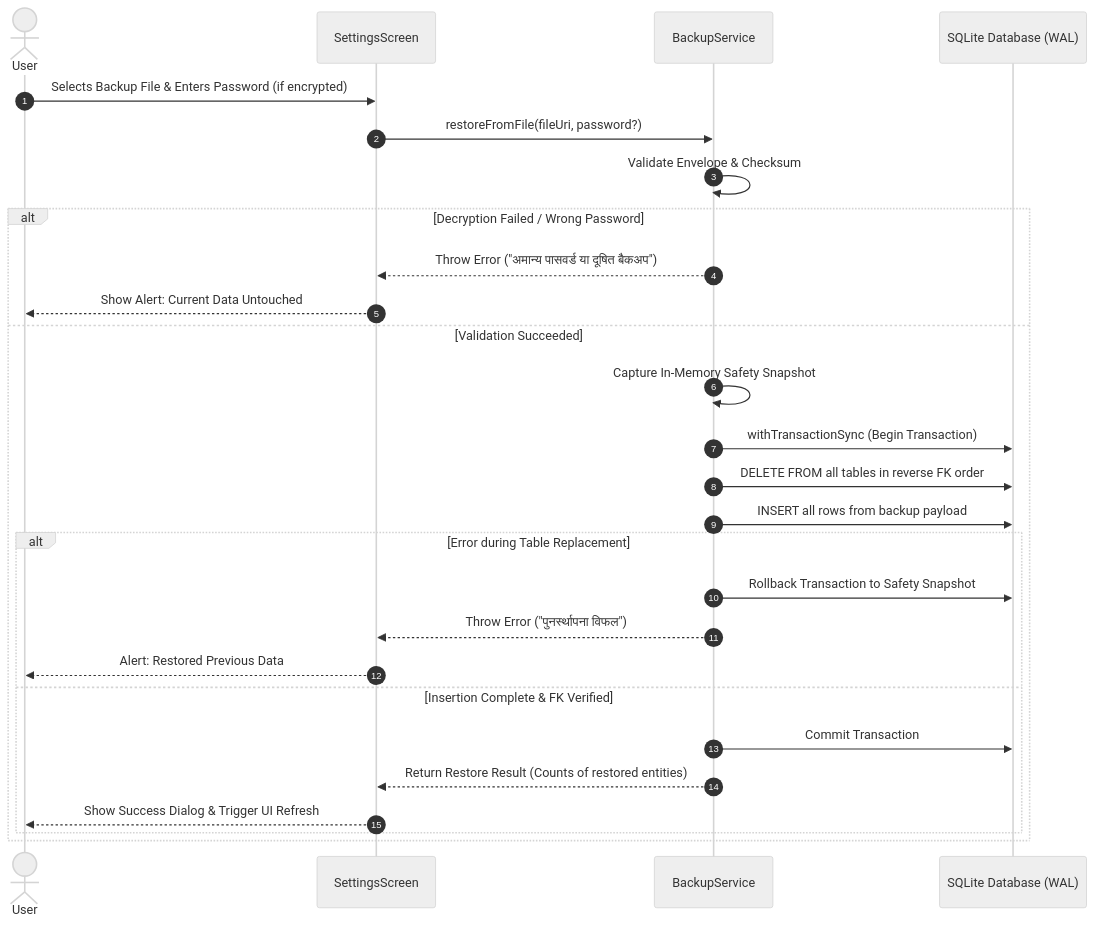
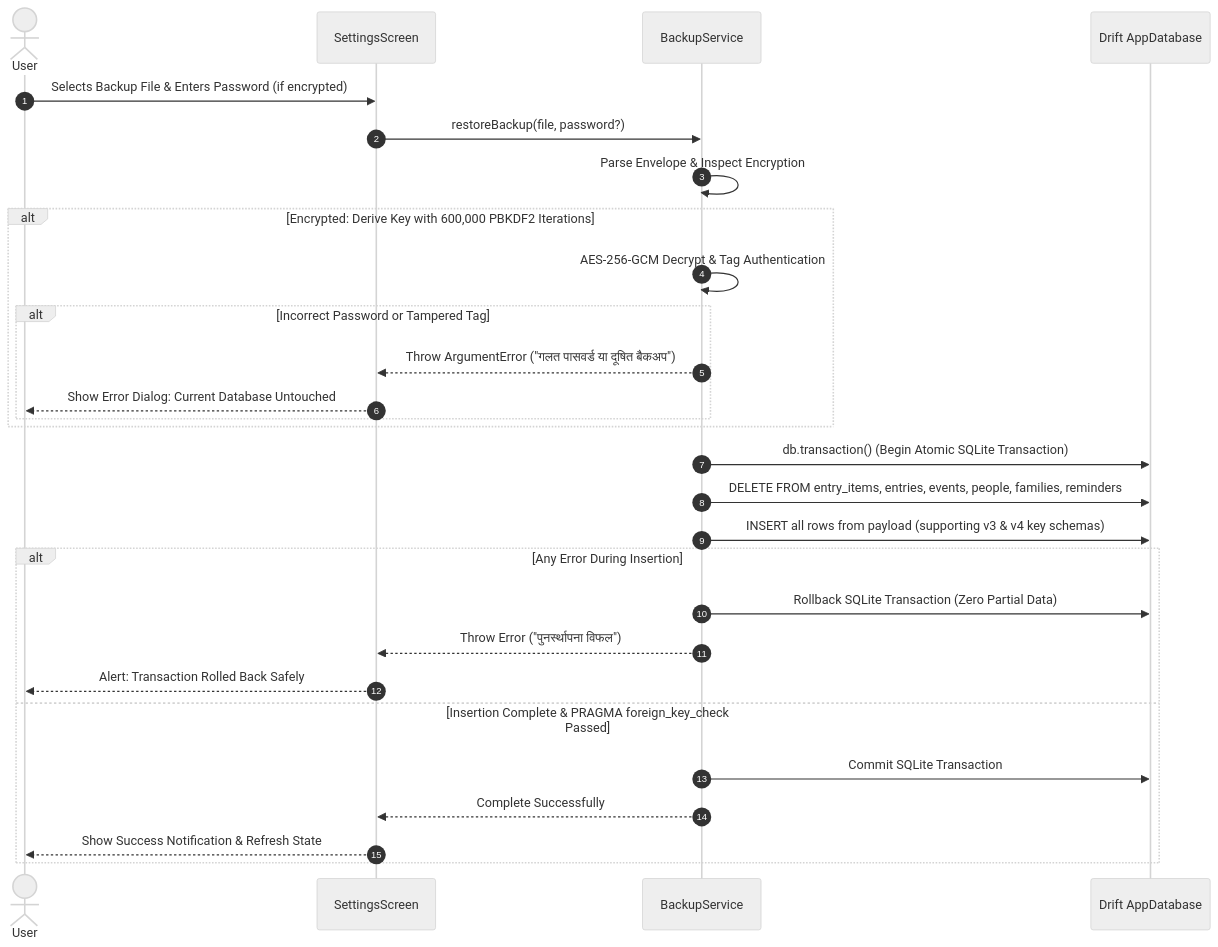
One commit to igjitendra/Vivah changed the diagram in docs/BACKUP_RESTORE.md. Above: the diagram before and after it, drawn with Mermaid (neutral theme). The commit also changed other lines of this file and 32 other files, not shown here.

Commit message:
docs(audit): complete Flutter-only repository audit, reconcile documentation and fix backup restore

````diff
--- a/docs/BACKUP_RESTORE.md
+++ b/docs/BACKUP_RESTORE.md
@@ -95,30 +98,31 @@
 ```mermaid
 sequenceDiagram
     autonumber
     actor User
     participant Settings as SettingsScreen
     participant Service as BackupService
-    participant SQLite as SQLite Database (WAL)
+    participant SQLite as Drift AppDatabase
 
     User->>Settings: Selects Backup File & Enters Password (if encrypted)
-    Settings->>Service: restoreFromFile(fileUri, password?)
-    Service->>Service: Validate Envelope & Checksum
-    alt Decryption Failed / Wrong Password
-        Service-->>Settings: Throw Error ("अमान्य पासवर्ड या दूषित बैकअप")
-        Settings-->>User: Show Alert: Current Data Untouched
-    else Validation Succeeded
-        Service->>Service: Capture In-Memory Safety Snapshot
-        Service->>SQLite: withTransactionSync (Begin Transaction)
-        Service->>SQLite: DELETE FROM all tables in reverse FK order
-        Service->>SQLite: INSERT all rows from backup payload
-        alt Error during Table Replacement
-            Service->>SQLite: Rollback Transaction to Safety Snapshot
-            Service-->>Settings: Throw Error ("पुनर्स्थापना विफल")
-            Settings-->>User: Alert: Restored Previous Data
-        else Insertion Complete & FK Verified
-            Service->>SQLite: Commit Transaction
-            Service-->>Settings: Return Restore Result (Counts of restored entities)
-            Settings-->>User: Show Success Dialog & Trigger UI Refresh
+    Settings->>Service: restoreBackup(file, password?)
+    Service->>Service: Parse Envelope & Inspect Encryption
+    alt Encrypted: Derive Key with 600,000 PBKDF2 Iterations
+        Service->>Service: AES-256-GCM Decrypt & Tag Authentication
+        alt Incorrect Password or Tampered Tag
+            Service-->>Settings: Throw ArgumentError ("गलत पासवर्ड या दूषित बैकअप")
+            Settings-->>User: Show Error Dialog: Current Database Untouched
         end
     end
+    Service->>SQLite: db.transaction() (Begin Atomic SQLite Transaction)
+    Service->>SQLite: DELETE FROM entry_items, entries, events, people, families, reminders
+    Service->>SQLite: INSERT all rows from payload (supporting v3 & v4 key schemas)
+    alt Any Error During Insertion
+        Service->>SQLite: Rollback SQLite Transaction (Zero Partial Data)
+        Service-->>Settings: Throw Error ("पुनर्स्थापना विफल")
+        Settings-->>User: Alert: Transaction Rolled Back Safely
+    else Insertion Complete & PRAGMA foreign_key_check Passed
+        Service->>SQLite: Commit SQLite Transaction
+        Service-->>Settings: Complete Successfully
+        Settings-->>User: Show Success Notification & Refresh State
+    end
 ```
````
